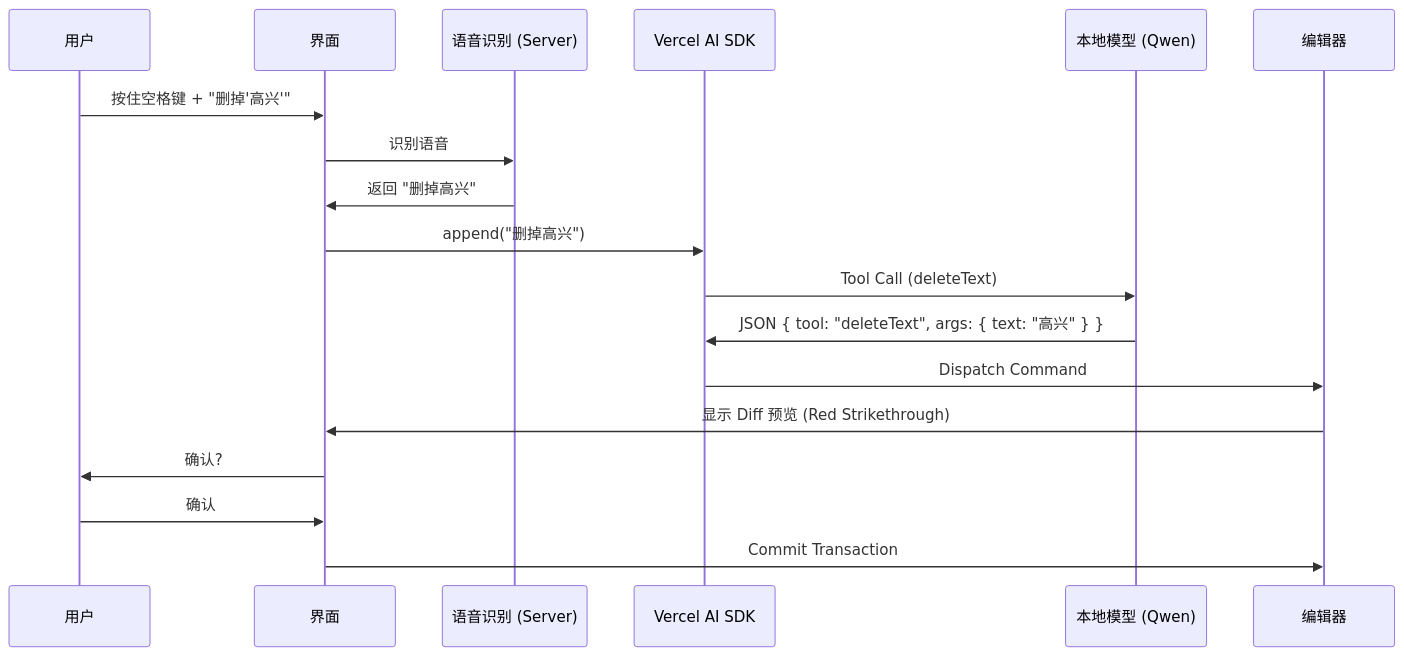
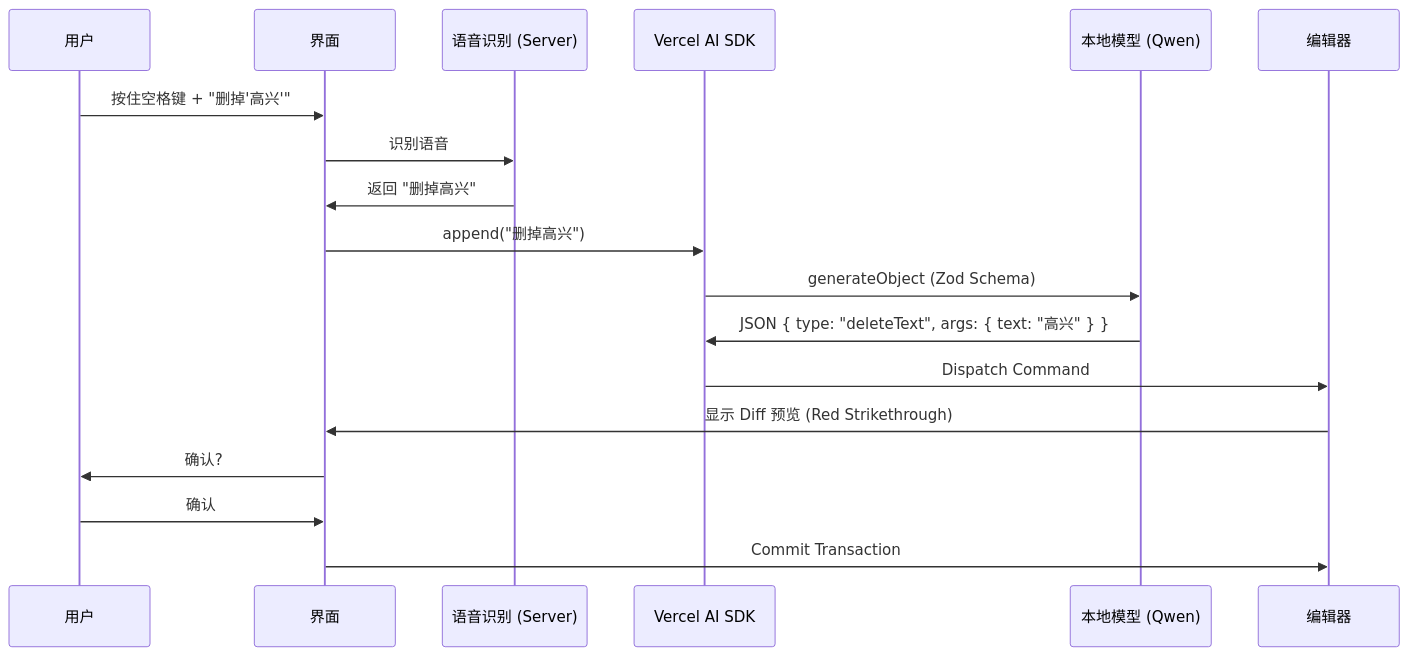
One commit to JAYotta/RocketWrite changed the second of 2 diagrams in docs/agent/plan-overall.md. Above: the diagram before and after it, drawn with Mermaid. The commit also changed other lines of this file and 27 other files, not shown here.

````diff
--- a/docs/agent/plan-overall.md
+++ b/docs/agent/plan-overall.md
@@ -264,23 +264,23 @@
 ```mermaid
 sequenceDiagram
     participant User as 用户
     participant UI as 界面
     participant User as 用户
     participant UI as 界面
     participant ASR as 语音识别 (Server)
     participant SDK as Vercel AI SDK
     participant Ollama as 本地模型 (Qwen)
     participant Editor as 编辑器
 
     User->>UI: 按住空格键 + "删掉'高兴'"
     UI->>ASR: 识别语音
     ASR->>UI: 返回 "删掉高兴"
     UI->>SDK: append("删掉高兴")
-    SDK->>Ollama: Tool Call (deleteText)
-    Ollama->>SDK: JSON { tool: "deleteText", args: { text: "高兴" } }
+    SDK->>Ollama: generateObject (Zod Schema)
+    Ollama->>SDK: JSON { type: "deleteText", args: { text: "高兴" } }
     SDK->>Editor: Dispatch Command
     Editor->>UI: 显示 Diff 预览 (Red Strikethrough)
     UI->>User: 确认?
     User->>UI: 确认
     UI->>Editor: Commit Transaction
 ```
````
